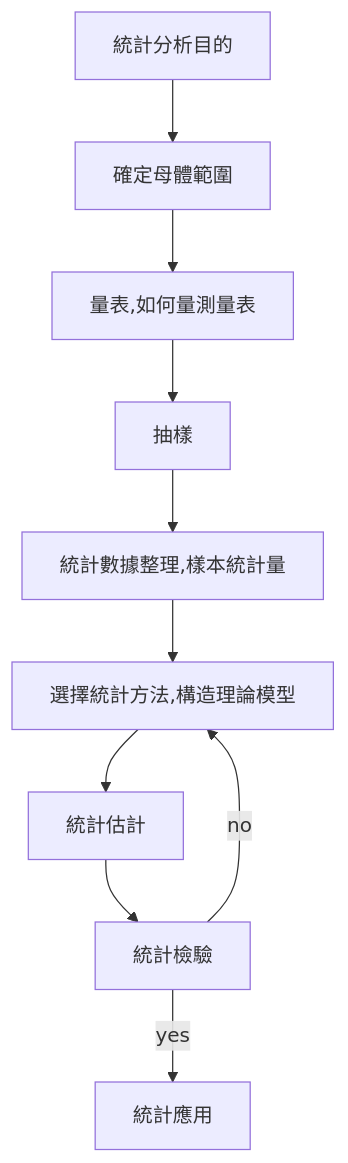
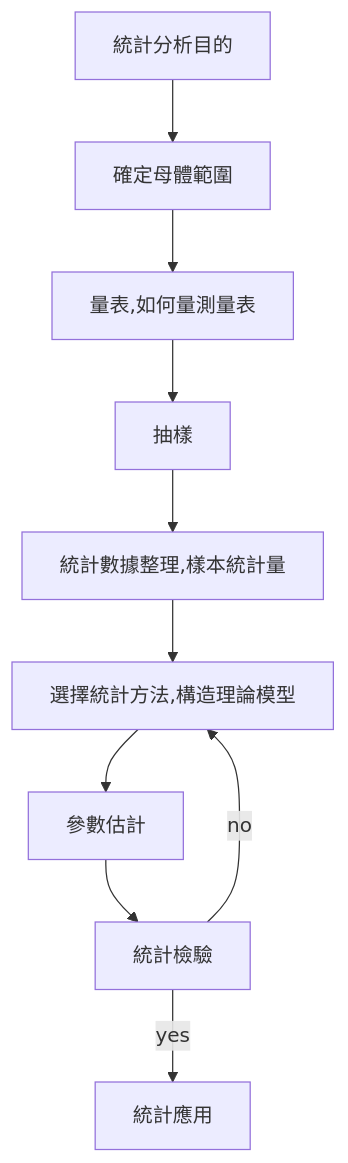
One commit to chchoiw/chchoiw.github.io changed the first of 3 diagrams in _posts/2022-05-21-statistic_analysis.md. Above: the diagram before and after it, drawn with Mermaid.

````diff
--- a/_posts/2022-05-21-statistic_analysis.md
+++ b/_posts/2022-05-21-statistic_analysis.md
@@ -45,21 +45,21 @@
 ```mermaid
 graph TB
 iid0[統計分析目的]
 iid1[確定母體範圍]
 iid2[量表,如何量測量表]
 iid3[抽樣]
 iid4[統計數據整理,樣本統計量]
 iid5[選擇統計方法,構造理論模型]
-iid6[統計估計]
+iid6[參數估計]
 iid7[統計檢驗]
 iid8[統計應用]
 iid0-->iid1
 iid1-->iid2
 iid2-->iid3
 iid3-->iid4
 iid4-->iid5
 iid5-->iid6
 iid6-->iid7
 iid7-->|yes|iid8
 iid7-->|no|iid5
 ```
````
